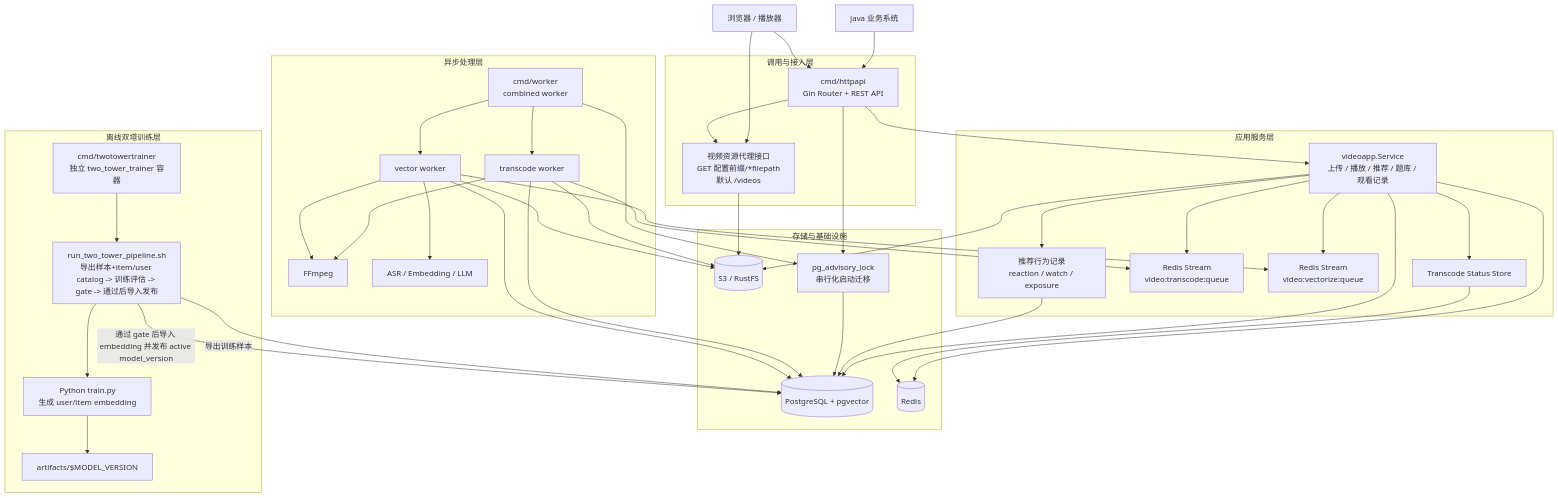
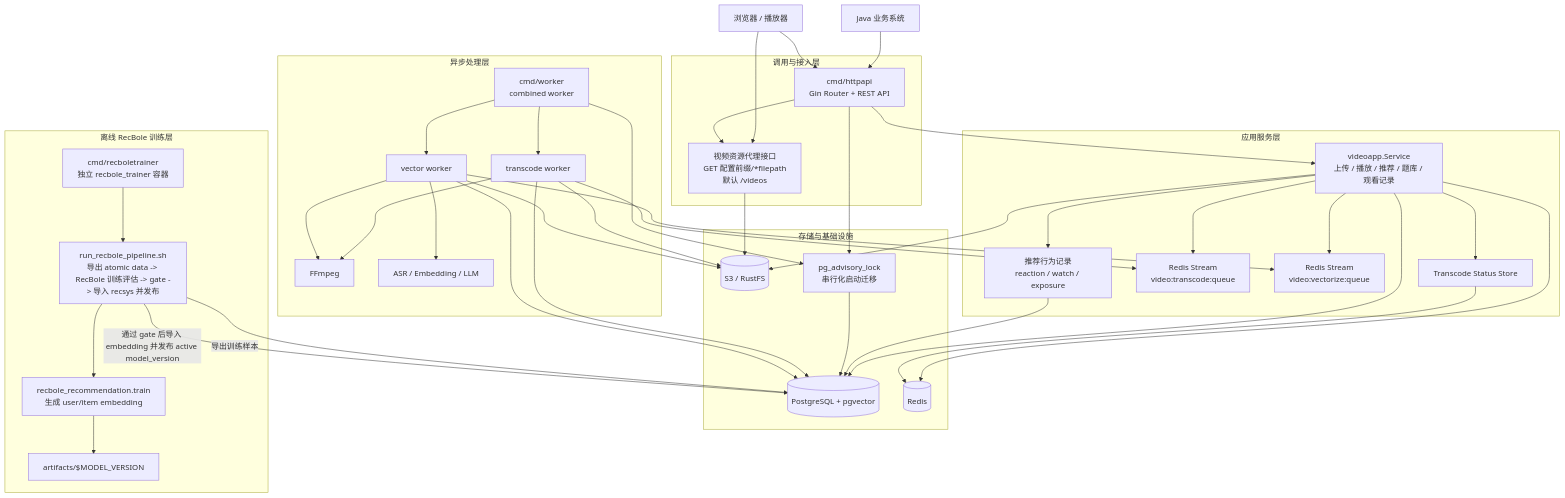
Before and after one commit to KOIOIO/video-embedding: the first of 2 diagrams in embedding-video/video-service/README.md, drawn with Mermaid. The commit also changed other lines of this file and 91 other files, not shown here.

```diff
--- a/embedding-video/video-service/README.md
+++ b/embedding-video/video-service/README.md
@@ -81,10 +81,10 @@
         AI[ASR / Embedding / LLM]
     end
 
-    subgraph Training[离线双塔训练层]
-        Trainer[cmd/twotowertrainer\n独立 two_tower_trainer 容器]
-        Pipeline[run_two_tower_pipeline.sh\n导出样本+item/user catalog -> 训练评估 -> gate -> 通过后导入发布]
-        PyTrain[Python train.py\n生成 user/item embedding]
+    subgraph Training[离线 RecBole 训练层]
+        Trainer[cmd/recboletrainer\n独立 recbole_trainer 容器]
+        Pipeline[run_recbole_pipeline.sh\n导出 atomic data -> RecBole 训练评估 -> gate -> 导入 recsys 并发布]
+        PyTrain[recbole_recommendation.train\n生成 user/item embedding]
         Artifact["artifacts/$MODEL_VERSION"]
     end
 
```
